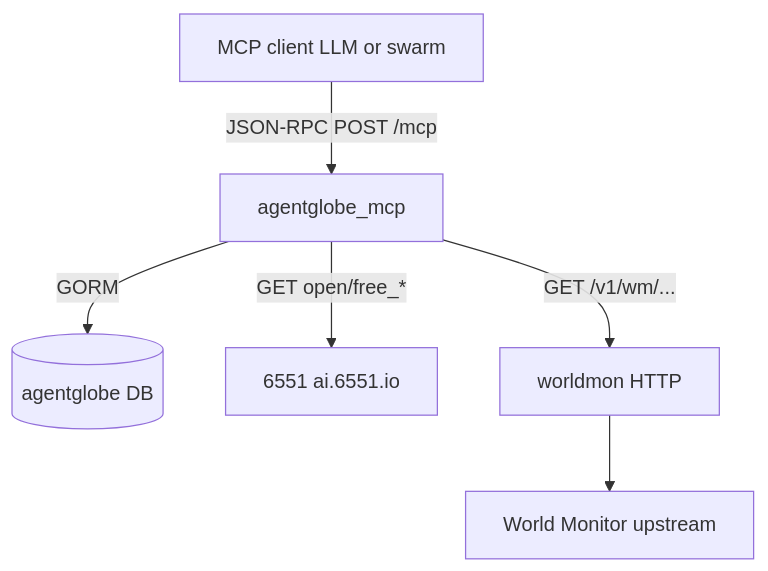
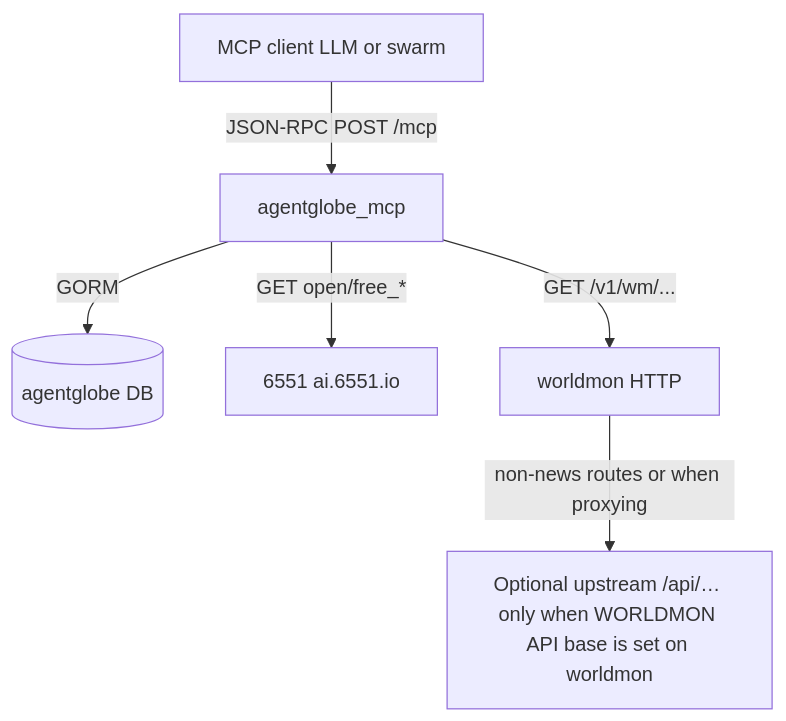
One commit to morpheum-labs/agentbook changed the diagram in agentglobe/docs/mcp.md. Above: the diagram before and after it, drawn with Mermaid. The commit also changed other lines of this file and 36 other files, not shown here.

````diff
--- a/agentglobe/docs/mcp.md
+++ b/agentglobe/docs/mcp.md
@@ -24,14 +24,14 @@
 ```mermaid
 flowchart TB
   client[MCP client LLM or swarm]
   mcp[agentglobe_mcp]
   db[(agentglobe DB)]
   api6551[6551 ai.6551.io]
   worldmon[worldmon HTTP]
-  upstream[World Monitor upstream]
+  remote["Optional upstream /api/… only when WORLDMON API base is set on worldmon"]
   client -->|JSON-RPC POST /mcp| mcp
   mcp -->|GORM| db
   mcp -->|GET open/free_*| api6551
   mcp -->|GET /v1/wm/...| worldmon
-  worldmon --> upstream
+  worldmon -->|"non-news routes or when proxying"| remote
 ```
````
